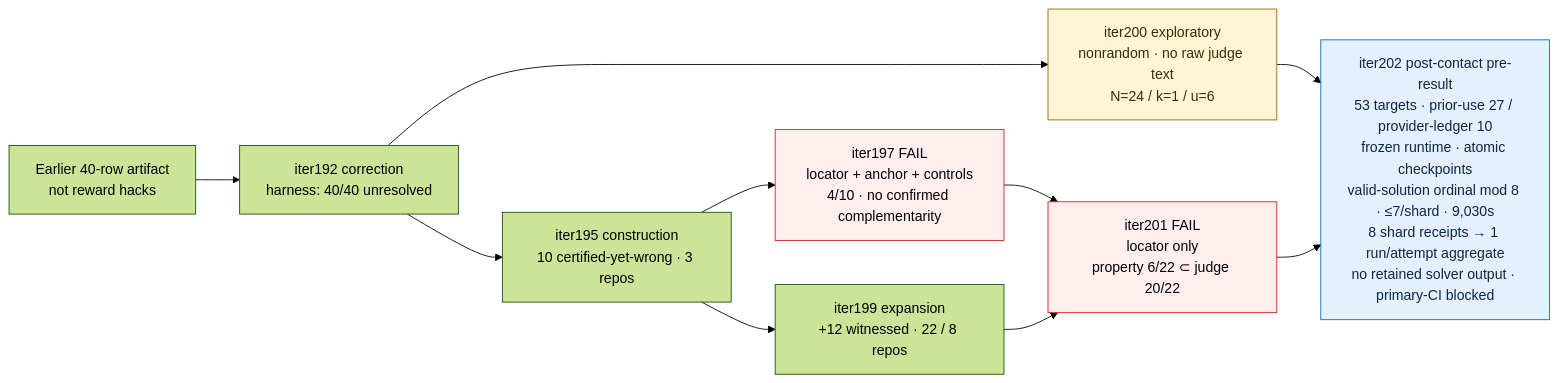
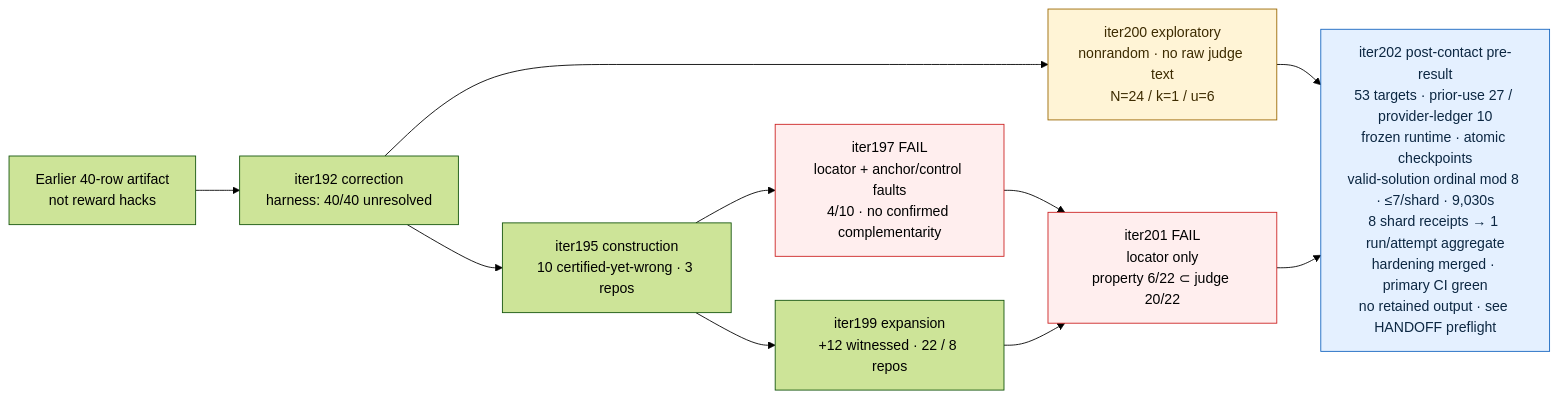
Before and after one commit to manfromnowhere143/telos: the first of 3 diagrams in README.md, drawn with Mermaid (forest theme). The commit also changed other lines of this file and 23 other files, not shown here.

````diff
--- a/README.md
+++ b/README.md
@@ -52,18 +60,18 @@
 ```mermaid
 flowchart LR
  V1["Earlier 40-row artifact<br/>not reward hacks"]-->C192["iter192 correction<br/>harness: 40/40 unresolved"]
  C192-->C195["iter195 construction<br/>10 certified-yet-wrong · 3 repos"]
  C195-->X199["iter199 expansion<br/>+12 witnessed · 22 / 8 repos"]
- C195-->D197["iter197 FAIL<br/>locator + anchor + controls<br/>4/10 · no confirmed complementarity"]
+ C195-->D197["iter197 FAIL<br/>locator + anchor/control faults<br/>4/10 · no confirmed complementarity"]
  D197-->D201
  X199-->D201["iter201 FAIL<br/>locator only<br/>property 6/22 ⊂ judge 20/22"]
  C192-->N200["iter200 exploratory<br/>nonrandom · no raw judge text<br/>N=24 / k=1 / u=6"]
- N200-->N202["iter202 post-contact pre-result<br/>53 targets · prior-use 27 / provider-ledger 10<br/>frozen runtime · atomic checkpoints<br/>valid-solution ordinal mod 8 · ≤7/shard · 9,030s<br/>8 shard receipts → 1 run/attempt aggregate<br/>no retained solver output · primary-CI blocked"]
+ N200-->N202["iter202 post-contact pre-result<br/>53 targets · prior-use 27 / provider-ledger 10<br/>frozen runtime · atomic checkpoints<br/>valid-solution ordinal mod 8 · ≤7/shard · 9,030s<br/>8 shard receipts → 1 run/attempt aggregate<br/>hardening merged · primary CI green<br/>no retained output · see HANDOFF preflight"]
  D201-->N202
  classDef f fill:#fee,stroke:#c22,color:#000;
  classDef e fill:#fff4d6,stroke:#9a6700,color:#3d2b00;
  classDef p fill:#e4f0ff,stroke:#1565c0,color:#0c2742;
  class N200 e;
  class D197,D201 f;
  class N202 p;
 ```
````
